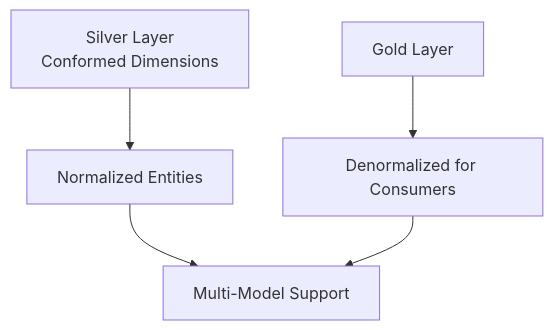
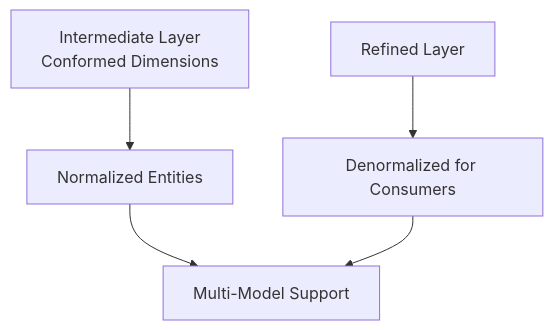
One commit to mgorav/MedallionArchitecture changed diagram 11 of 18 in readme.md. Above: the diagram before and after it, drawn with Mermaid. The commit also changed other lines of this file and 1 other file, not shown here.

````diff
--- a/readme.md
+++ b/readme.md
@@ -431,12 +254,11 @@
 ```mermaid
-
 graph TB
 
-  S[Silver Layer <br> Conformed Dimensions]
-  S --> N[Normalized Entities]
+  I[Intermediate Layer <br> Conformed Dimensions]
+  I --> N[Normalized Entities]
   
-  G[Gold Layer]
-  G --> D[Denormalized for Consumers] 
+  R[Refined Layer]
+  R --> D[Denormalized for Consumers] 
   
   N & D --> MM[Multi-Model Support]
 ```
````
